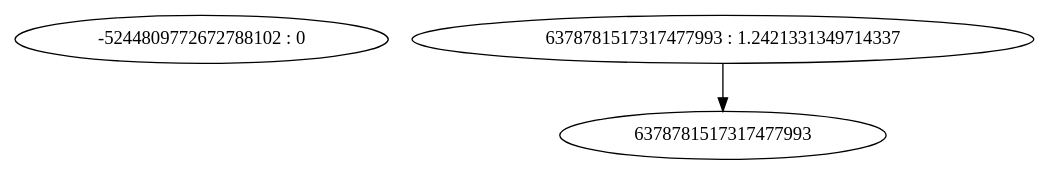
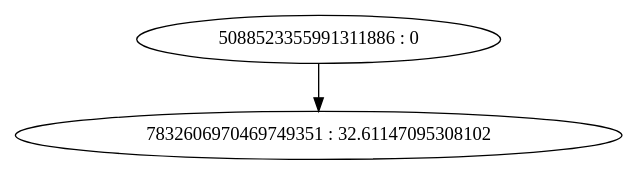
One commit to aka2910/P2P-currency-simulator changed the diagram in plots/tree_4.dot.gv. Above: the diagram before and after it, drawn with Graphviz. The commit also changed 101 other files, not shown here.

```diff
--- a/plots/tree_4.dot.gv
+++ b/plots/tree_4.dot.gv
@@ -1,5 +1,5 @@
 digraph "plots/tree_4.dot" {
-	0 [label="-5244809772672788102 : 0"]
-	1 [label="6378781517317477993 : 1.2421331349714337"]
-	1 -> 6378781517317477993
+	0 [label="5088523355991311886 : 0"]
+	1 [label="7832606970469749351 : 32.61147095308102"]
+	0 -> 1
 }
```
